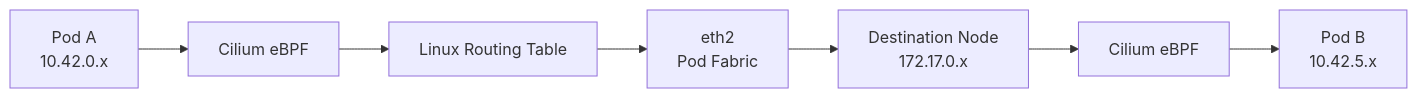
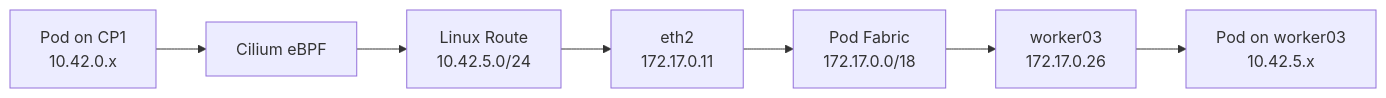
Before and after one commit to ahmed-sayed-devops/microservices-platform-gitops: the seventh of 30 diagrams in docs/02-cilium/README.md, drawn with Mermaid. The commit also changed other lines of this file, not shown here.

Commit message:
docs: add Cilium networking documentation

````diff
--- a/docs/02-cilium/README.md
+++ b/docs/02-cilium/README.md
@@ -525,18 +486,24 @@
 ```mermaid
 flowchart LR
 
-    PodA["Pod A<br/>10.42.0.x"]
-    CiliumA["Cilium eBPF"]
-    Route["Linux Routing Table"]
-    Eth["eth2<br/>Pod Fabric"]
-    NodeB["Destination Node<br/>172.17.0.x"]
-    CiliumB["Cilium eBPF"]
-    PodB["Pod B<br/>10.42.5.x"]
+    PodA["Pod on CP1<br/>10.42.0.x"]
 
-    PodA --> CiliumA
-    CiliumA --> Route
-    Route --> Eth
-    Eth --> NodeB
-    NodeB --> CiliumB
-    CiliumB --> PodB
+    EBPF["Cilium eBPF"]
+
+    Route["Linux Route<br/>10.42.5.0/24"]
+
+    ETH2["eth2<br/>172.17.0.11"]
+
+    Fabric["Pod Fabric<br/>172.17.0.0/18"]
+
+    Worker["worker03<br/>172.17.0.26"]
+
+    PodB["Pod on worker03<br/>10.42.5.x"]
+
+    PodA --> EBPF
+    EBPF --> Route
+    Route --> ETH2
+    ETH2 --> Fabric
+    Fabric --> Worker
+    Worker --> PodB
 ```
````
